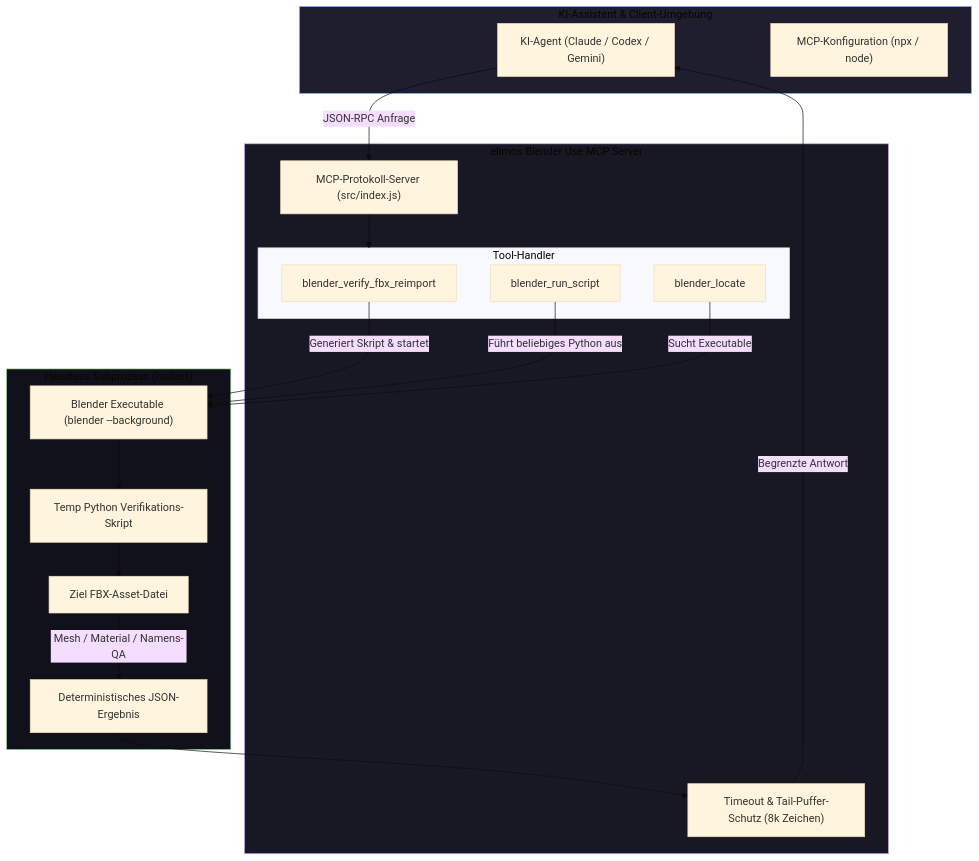
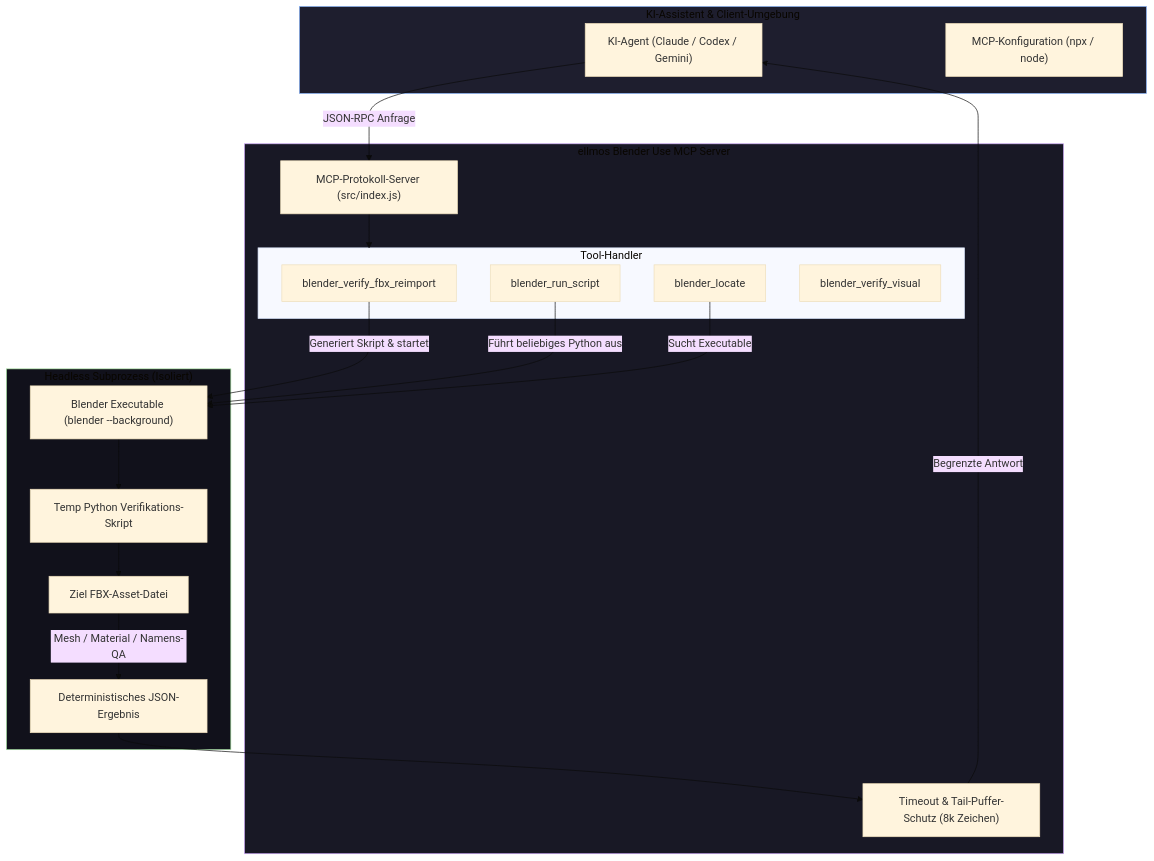
One commit to ellmos-ai/ellmos-blender-use-mcp changed the first of 2 diagrams in README_de.md. Above: the diagram before and after it, drawn with Mermaid (base theme). The commit also changed other lines of this file and 7 other files, not shown here.

First line of the commit message:
docs+release: blender_verify_visual in allen Manifesten, 0.1.0-alpha.8

````diff
--- a/README_de.md
+++ b/README_de.md
@@ -43,39 +43,40 @@
 ```mermaid
 graph TD
     subgraph Client ["KI-Assistent & Client-Umgebung"]
         AI["KI-Agent (Claude / Codex / Gemini)"]
         Config["MCP-Konfiguration (npx / node)"]
     end
 
     subgraph Server ["ellmos Blender Use MCP Server"]
         MCP["MCP-Protokoll-Server (src/index.js)"]
         subgraph Tools ["Tool-Handler"]
             T1["blender_verify_fbx_reimport"]
             T2["blender_run_script"]
             T3["blender_locate"]
+            T4["blender_verify_visual"]
         end
         Safety["Timeout & Tail-Puffer-Schutz (8k Zeichen)"]
     end
 
     subgraph Subprocess ["Headless Subprozess (Isoliert)"]
         Exe["Blender Executable (blender --background)"]
         Python["Temp Python Verifikations-Skript"]
         FBX["Ziel FBX-Asset-Datei"]
         JSONOut["Deterministisches JSON-Ergebnis"]
     end
 
     AI -->|JSON-RPC Anfrage| MCP
     MCP --> Tools
     T1 -->|Generiert Skript & startet| Exe
     T2 -->|Führt beliebiges Python aus| Exe
     T3 -->|Sucht Executable| Exe
     Exe --> Python
     Python --> FBX
     FBX -->|Mesh / Material / Namens-QA| JSONOut
     JSONOut --> Safety
     Safety -->|Begrenzte Antwort| AI
 
     style Client fill:#1e1e2e,stroke:#89b4fa,stroke-width:1px
     style Server fill:#181825,stroke:#cba6f7,stroke-width:1px
     style Subprocess fill:#11111b,stroke:#a6e3a1,stroke-width:1px
 ```
````
